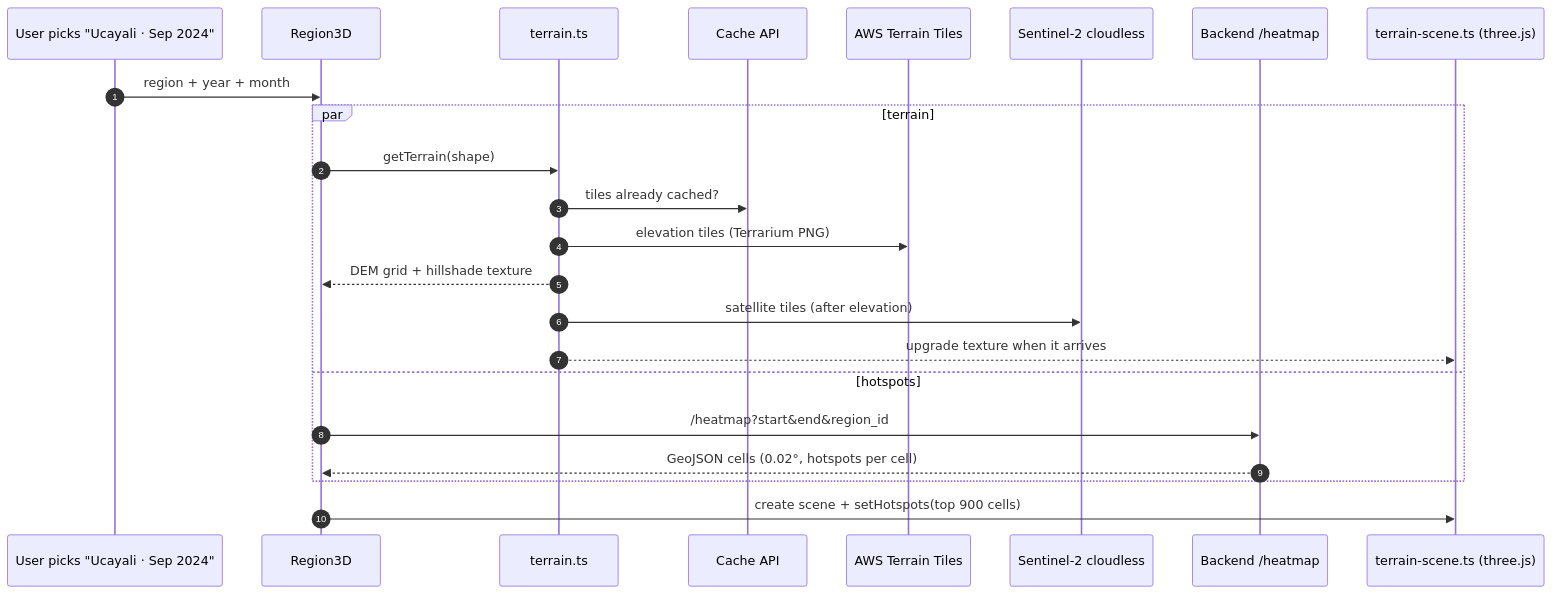
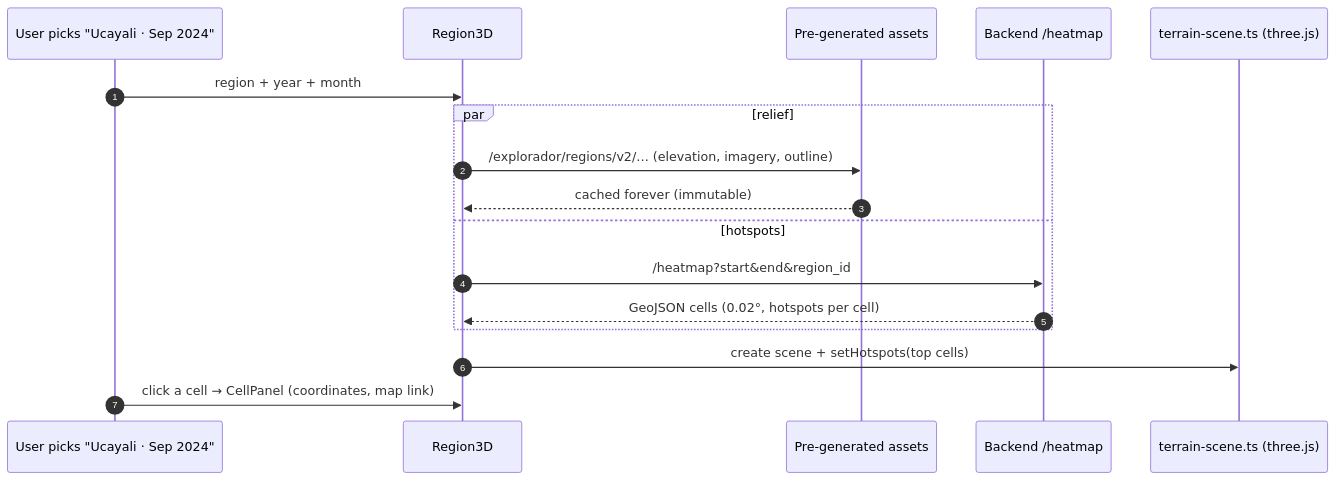
The tenth of 11 diagrams in frontend/README.md (SebasHuaypar/Yakanas-NASA), drawn with Mermaid before and after one commit. The commit also changed other lines of this file and 17 other files, not shown here.

````diff
--- a/frontend/README.md
+++ b/frontend/README.md
@@ -420,26 +480,20 @@
 ```mermaid
 sequenceDiagram
     autonumber
     participant U as User picks "Ucayali · Sep 2024"
     participant R as Region3D
-    participant T as terrain.ts
-    participant C as Cache API
-    participant AWS as AWS Terrain Tiles
-    participant EOX as Sentinel-2 cloudless
+    participant P as Pre-generated assets
     participant API as Backend /heatmap
     participant S as terrain-scene.ts (three.js)
 
     U->>R: region + year + month
-    par terrain
-        R->>T: getTerrain(shape)
-        T->>C: tiles already cached?
-        T->>AWS: elevation tiles (Terrarium PNG)
-        T-->>R: DEM grid + hillshade texture
-        T->>EOX: satellite tiles (after elevation)
-        T-->>S: upgrade texture when it arrives
+    par relief
+        R->>P: /explorador/regions/v2/… (elevation, imagery, outline)
+        P-->>R: cached forever (immutable)
     and hotspots
         R->>API: /heatmap?start&end&region_id
         API-->>R: GeoJSON cells (0.02°, hotspots per cell)
     end
-    R->>S: create scene + setHotspots(top 900 cells)
+    R->>S: create scene + setHotspots(top cells)
+    U->>R: click a cell → CellPanel (coordinates, map link)
 ```
````
